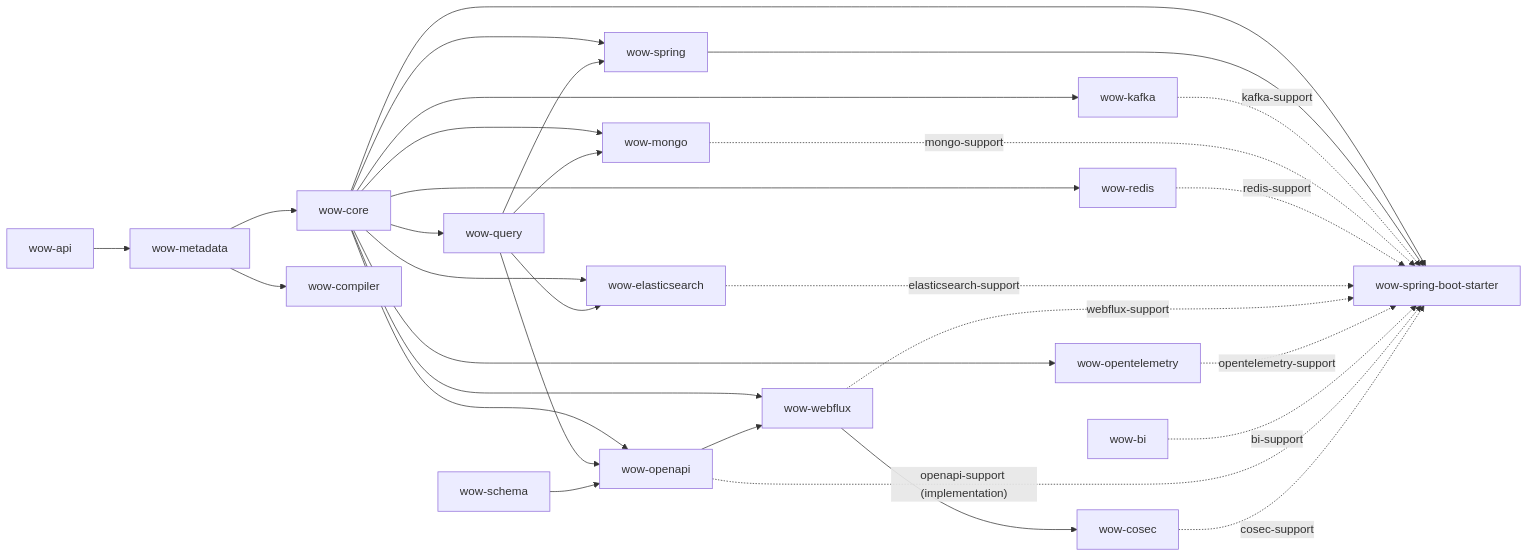
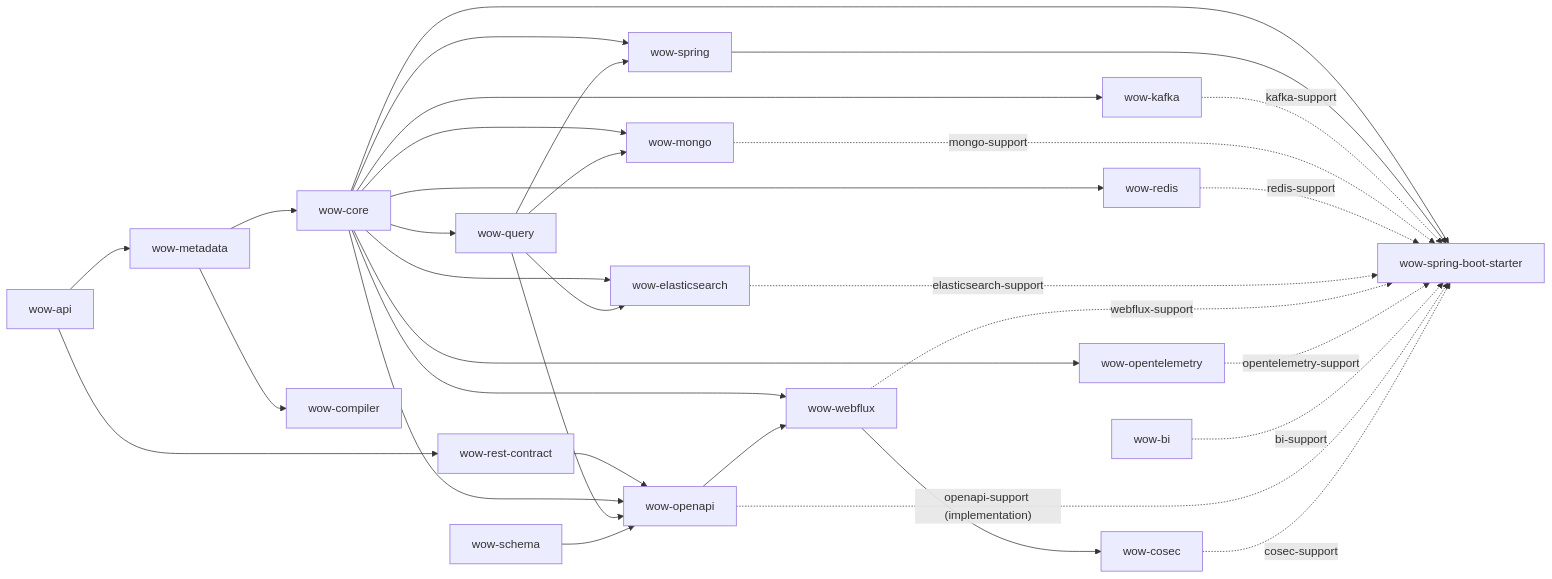
One commit to Ahoo-Wang/Wow changed the diagram in documentation/docs/en/guide/advanced/module-dependencies.md. Above: the diagram before and after it, drawn with Mermaid. The commit also changed other lines of this file and 139 other files, not shown here.

First line of the commit message:
refactor(rest)!: move the REST wire vocabulary to wow-rest-contract (#4059)

````diff
--- a/documentation/docs/en/guide/advanced/module-dependencies.md
+++ b/documentation/docs/en/guide/advanced/module-dependencies.md
@@ -46,36 +47,38 @@
 ```mermaid
 graph LR
     API[wow-api] --> META[wow-metadata]
     META --> CORE[wow-core]
     META --> COMPILER[wow-compiler]
     CORE --> QUERY[wow-query]
     CORE --> SPRING[wow-spring]
     QUERY --> SPRING
     CORE --> STARTER[wow-spring-boot-starter]
     SPRING --> STARTER
 
     CORE --> KAFKA[wow-kafka]
     CORE --> MONGO[wow-mongo]
     QUERY --> MONGO
     CORE --> REDIS[wow-redis]
     CORE --> ES[wow-elasticsearch]
     QUERY --> ES
 
-    CORE --> OPENAPI[wow-openapi]
+    API --> REST[wow-rest-contract]
+    REST --> OPENAPI[wow-openapi]
+    CORE --> OPENAPI
     QUERY --> OPENAPI
     SCHEMA[wow-schema] --> OPENAPI
     CORE --> WEBFLUX[wow-webflux]
     OPENAPI --> WEBFLUX
     CORE --> OTEL[wow-opentelemetry]
     WEBFLUX --> COSEC[wow-cosec]
 
     KAFKA -. kafka-support .-> STARTER
     MONGO -. mongo-support .-> STARTER
     REDIS -. redis-support .-> STARTER
     ES -. elasticsearch-support .-> STARTER
     WEBFLUX -. webflux-support .-> STARTER
     OTEL -. opentelemetry-support .-> STARTER
     BI[wow-bi] -. bi-support .-> STARTER
     OPENAPI -. "openapi-support (implementation)" .-> STARTER
     COSEC -. cosec-support .-> STARTER
 ```
````
